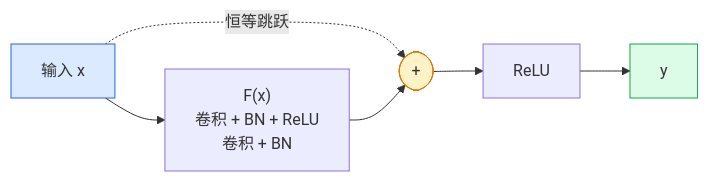
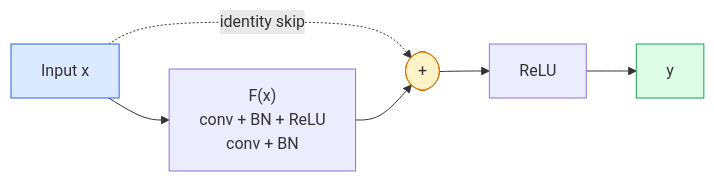
The third of 3 diagrams in i18n/zh/phases/04-computer-vision/03-cnns-lenet-to-resnet/docs/zh.md (xiaojiaenen/ai-engineering-from-scratch-zh), drawn with Mermaid before and after one commit. The commit also changed other lines of this file and 28 other files, not shown here.

````diff
--- a/i18n/zh/phases/04-computer-vision/03-cnns-lenet-to-resnet/docs/zh.md
+++ b/i18n/zh/phases/04-computer-vision/03-cnns-lenet-to-resnet/docs/zh.md
@@ -130,12 +130,12 @@
 ```mermaid
 flowchart LR
-    X["输入 x"] --> F["F(x)<br/>卷积 + BN + ReLU<br/>卷积 + BN"]
-    X -.->|恒等跳跃| PLUS(["+"])
+    X["Input x"] --> F["F(x)<br/>conv + BN + ReLU<br/>conv + BN"]
+    X -.->|identity skip| PLUS(["+"])
     F --> PLUS
     PLUS --> RELU["ReLU"]
     RELU --> OUT["y"]
 
     style X fill:#dbeafe,stroke:#2563eb
     style PLUS fill:#fef3c7,stroke:#d97706
     style OUT fill:#dcfce7,stroke:#16a34a
 ```
````
